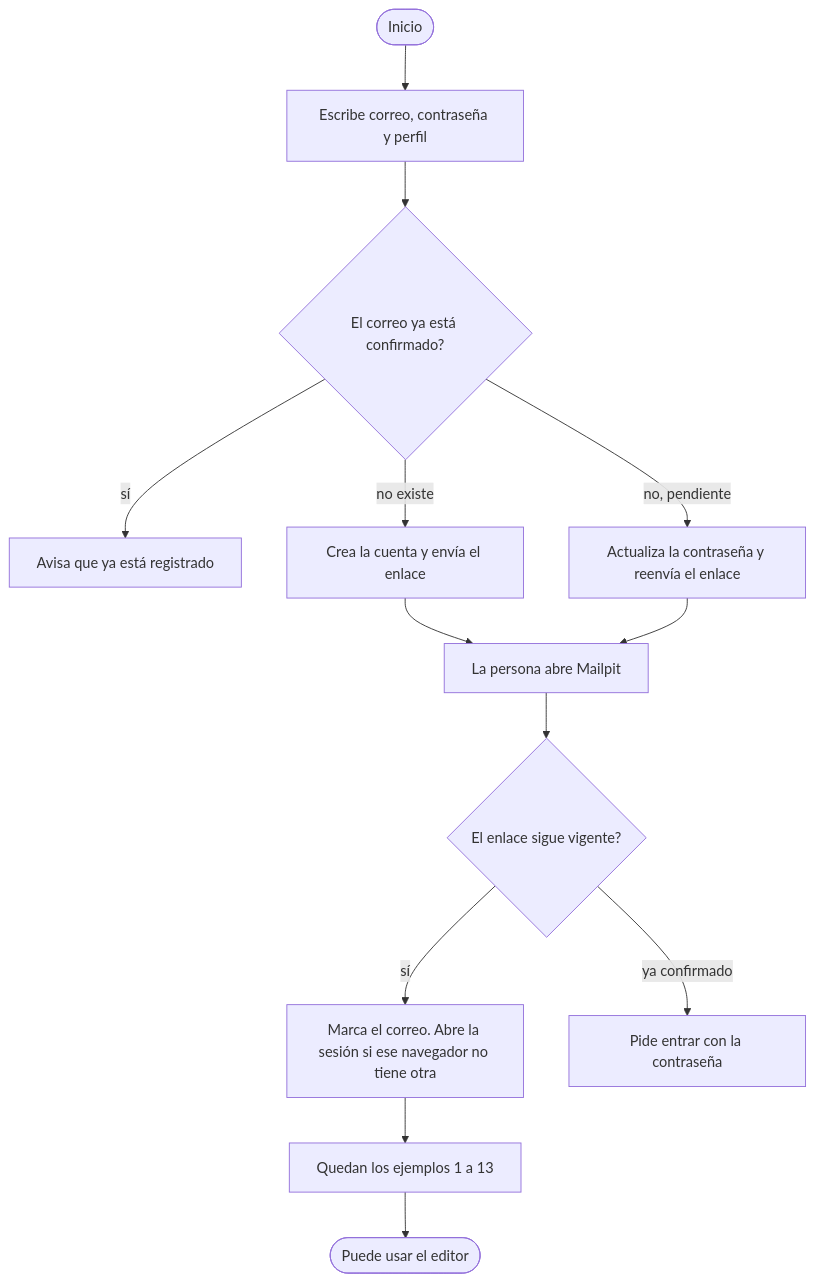
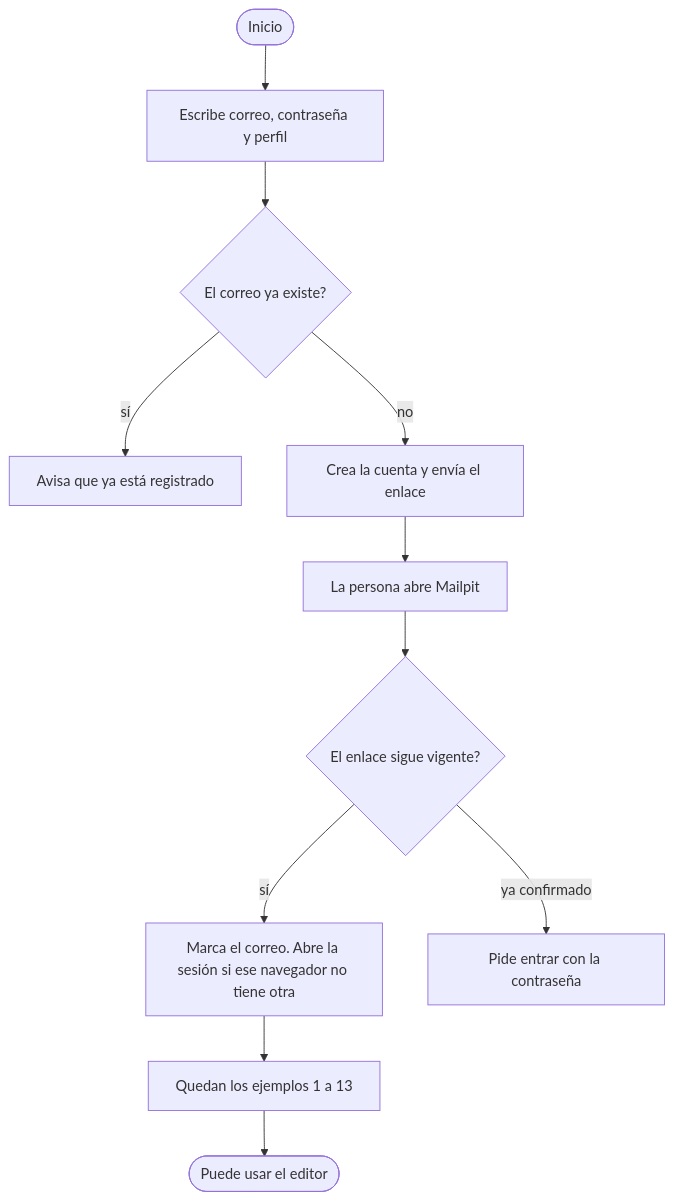
The first of 3 diagrams in docs/vistas/diagrama-de-procesos.md (roque-code/FCDesign_client_server), drawn with Mermaid before and after one commit. The commit also changed other lines of this file and 19 other files, not shown here.

````diff
--- a/docs/vistas/diagrama-de-procesos.md
+++ b/docs/vistas/diagrama-de-procesos.md
@@ -7,15 +7,13 @@
 ```mermaid
 flowchart TD
     inicio([Inicio]) --> datos[Escribe correo, contraseña y perfil]
-    datos --> existe{El correo ya está confirmado?}
+    datos --> existe{El correo ya existe?}
     existe -->|sí| rechazo[Avisa que ya está registrado]
-    existe -->|no, pendiente| reenvia[Actualiza la contraseña y reenvía el enlace]
-    existe -->|no existe| crea[Crea la cuenta y envía el enlace]
+    existe -->|no| crea[Crea la cuenta y envía el enlace]
     crea --> buzon[La persona abre Mailpit]
-    reenvia --> buzon
     buzon --> enlace{El enlace sigue vigente?}
     enlace -->|sí| activa[Marca el correo. Abre la sesión si ese navegador no tiene otra]
     enlace -->|ya confirmado| entrar[Pide entrar con la contraseña]
     activa --> ejemplos[Quedan los ejemplos 1 a 13]
     ejemplos --> fin([Puede usar el editor])
 ```
````
